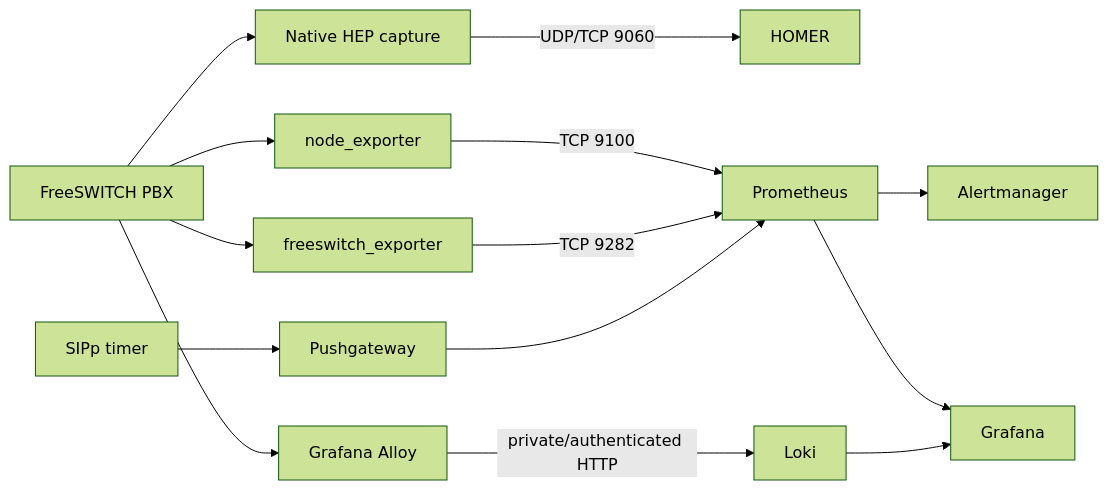
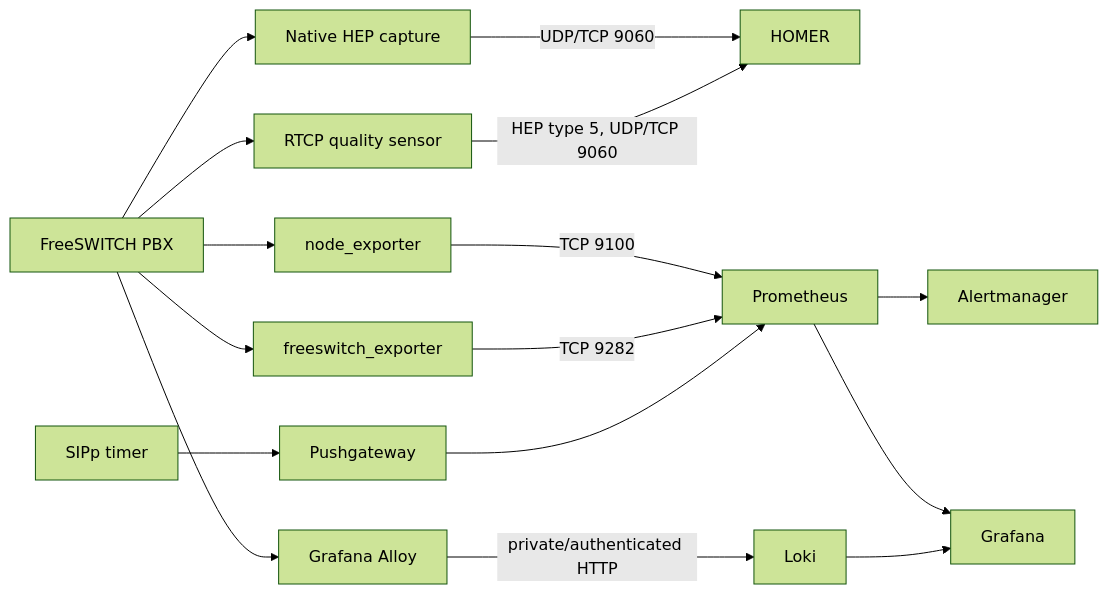
Before and after one commit to nemerald-voip/fspbx-monitoring: the diagram in docs/ARCHITECTURE.md, drawn with Mermaid (forest theme). The commit also changed other lines of this file and 11 other files, not shown here.

Commit message:
Add centralized RTCP quality reporting

````diff
--- a/docs/ARCHITECTURE.md
+++ b/docs/ARCHITECTURE.md
@@ -9,25 +9,27 @@
 ```mermaid
 flowchart LR
     PBX[FreeSWITCH PBX]
     HEP[Native HEP capture]
+    RTCP[RTCP quality sensor]
     NE[node_exporter]
     FE[freeswitch_exporter]
     AL[Grafana Alloy]
     SIPp[SIPp timer]
 
     HOMER[HOMER]
     PROM[Prometheus]
     LOKI[Loki]
     PUSH[Pushgateway]
     AM[Alertmanager]
     GRAF[Grafana]
 
     PBX --> HEP -->|UDP/TCP 9060| HOMER
+    PBX --> RTCP -->|HEP type 5, UDP/TCP 9060| HOMER
     PBX --> NE -->|TCP 9100| PROM
     PBX --> FE -->|TCP 9282| PROM
     PBX --> AL -->|private/authenticated HTTP| LOKI
     SIPp --> PUSH --> PROM
     PROM --> AM
     PROM --> GRAF
     LOKI --> GRAF
 ```
````
